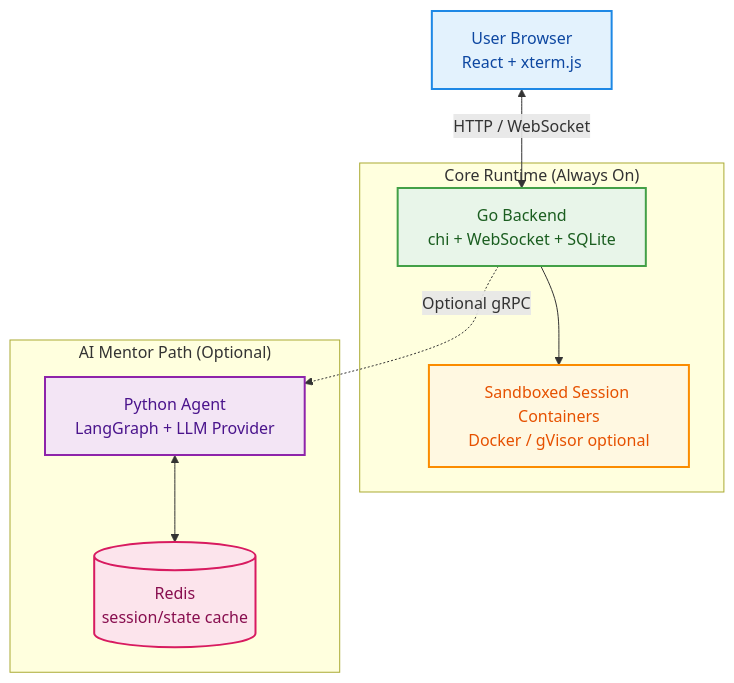
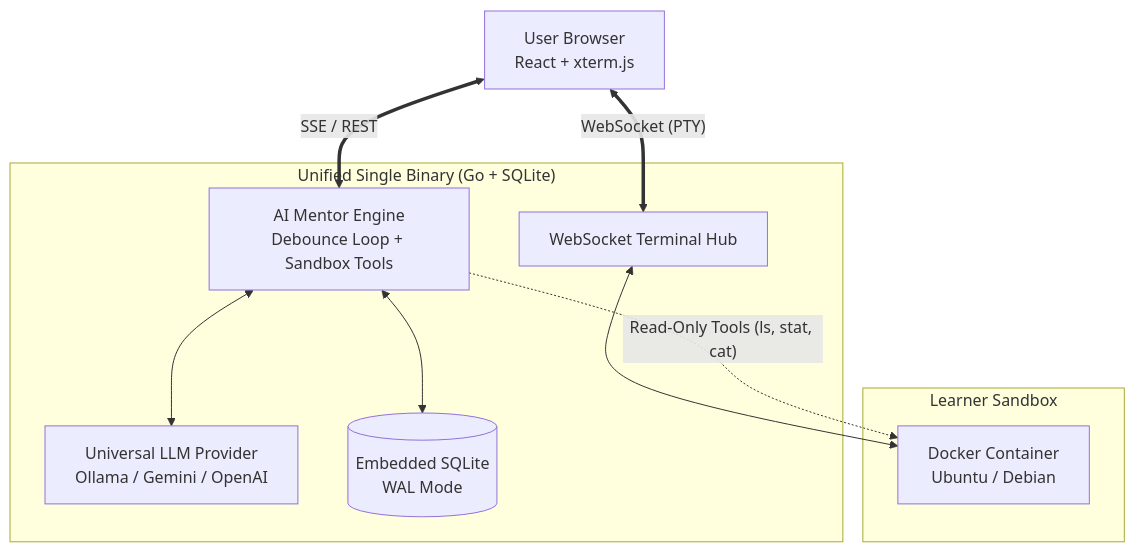
Before and after one commit to ashureev/shsh-labs: the diagram in README.md, drawn with Mermaid. The commit also changed other lines of this file and 82 other files, not shown here.

Commit message:
feat: complete SHSH 2.0 rewrite with embedded AI mentor and local SQLite

````diff
--- a/README.md
+++ b/README.md
@@ -116,31 +75,22 @@
 ```mermaid
 flowchart TB
     U[User Browser<br/>React + xterm.js]
 
-    subgraph Core["Core Runtime (Always On)"]
-        B[Go Backend<br/>chi + WebSocket + SQLite]
-        C[Sandboxed Session Containers<br/>Docker / gVisor optional]
+    subgraph Core["Unified Single Binary (Go + SQLite)"]
+        WS[WebSocket Terminal Hub]
+        Tutor[AI Mentor Engine<br/>Debounce Loop + Sandbox Tools]
+        LLM[Universal LLM Provider<br/>Ollama / Gemini / OpenAI]
+        DB[(Embedded SQLite<br/>WAL Mode)]
     end
 
-    subgraph AI["AI Mentor Path (Optional)"]
-        A[Python Agent<br/>LangGraph + LLM Provider]
-        R[(Redis<br/>session/state cache)]
+    subgraph Sandbox["Learner Sandbox"]
+        C[Docker Container<br/>Ubuntu / Debian]
     end
 
-    U <-- HTTP / WebSocket --> B
-    B --> C
-    B -. Optional gRPC .-> A
-    A <--> R
-
-    classDef browser fill:#E3F2FD,stroke:#1E88E5,stroke-width:2px,color:#0D47A1;
-    classDef backend fill:#E8F5E9,stroke:#43A047,stroke-width:2px,color:#1B5E20;
-    classDef infra fill:#FFF8E1,stroke:#FB8C00,stroke-width:2px,color:#E65100;
-    classDef ai fill:#F3E5F5,stroke:#8E24AA,stroke-width:2px,color:#4A148C;
-    classDef store fill:#FCE4EC,stroke:#D81B60,stroke-width:2px,color:#880E4F;
-
-    class U browser;
-    class B backend;
-    class C infra;
-    class A ai;
-    class R store;
+    U <== WebSocket (PTY) ==> WS
+    U <== SSE / REST ==> Tutor
+    WS <--> C
+    Tutor <--> LLM
+    Tutor -. Read-Only Tools (ls, stat, cat) .-> C
+    Tutor <--> DB
 ```
````
